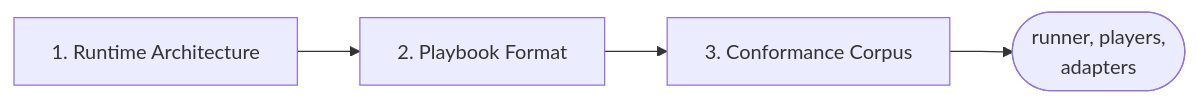
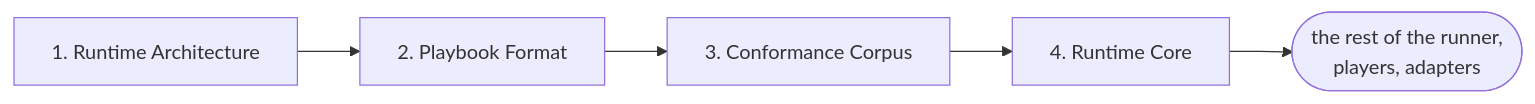
The second of 4 diagrams in docs/contributing/design-notes/README.md (pengzhengyi/dialoguedown), drawn with Mermaid before and after one commit. The commit also changed other lines of this file and 2 other files, not shown here.

First paragraph of the commit message:
docs(runtime-core): add implementation note
Design the first pass of the C# runner: a package that must never reference the
compiler, the state a run keeps, the step that advances it, and the harness that
holds it to the conformance corpus.

````diff
--- a/docs/contributing/design-notes/README.md
+++ b/docs/contributing/design-notes/README.md
@@ -99,6 +99,7 @@
 ```mermaid
 flowchart LR
     RA["1. Runtime Architecture"] --> PF["2. Playbook Format"]
     PF --> CC["3. Conformance Corpus"]
-    CC --> RUN(["runner, players,<br/>adapters"])
+    CC --> RC["4. Runtime Core"]
+    RC --> RUN(["the rest of the runner,<br/>players, adapters"])
 ```
````
